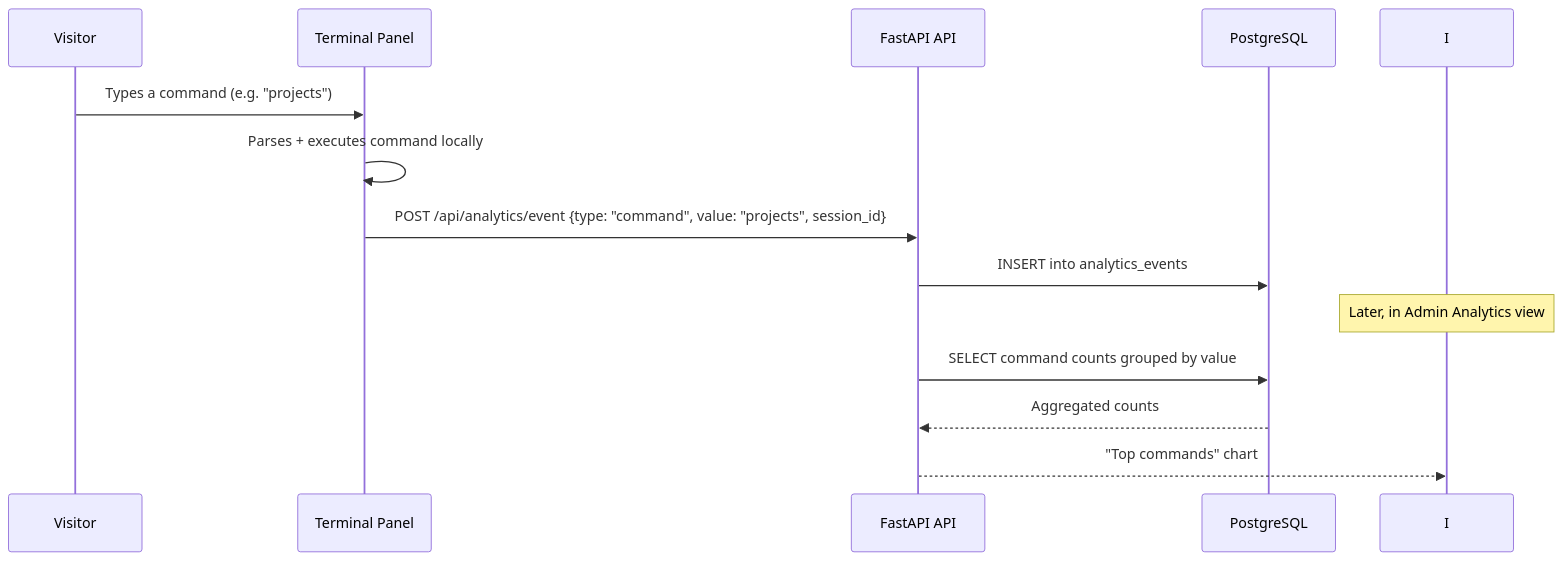
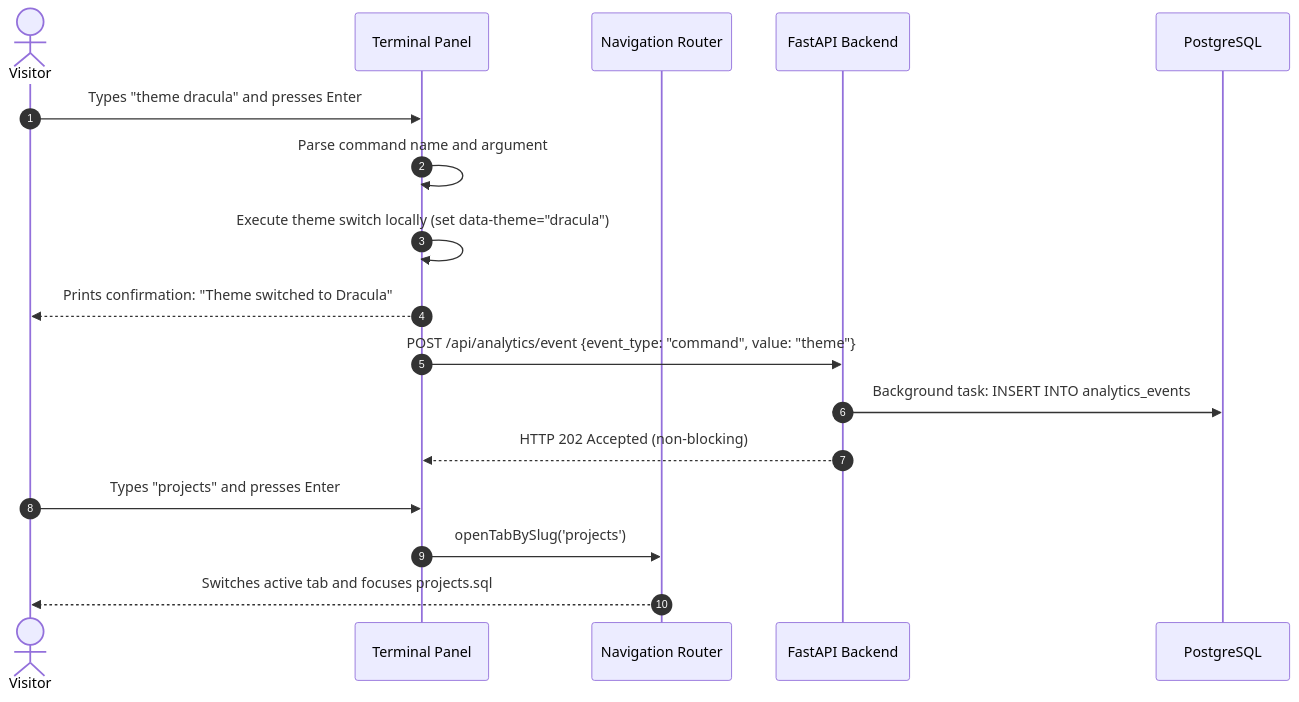
The fourth of 5 diagrams in docs/architecture/user-flow.md (Ibrahim-2005/portfolio), drawn with Mermaid before and after one commit. The commit also changed other lines of this file and 7 other files, not shown here.

Commit message:
docs: finalize planning and architecture

````diff
--- a/docs/architecture/user-flow.md
+++ b/docs/architecture/user-flow.md
@@ -102,16 +234,21 @@
 ```mermaid
 sequenceDiagram
-    participant V as Visitor
-    participant T as Terminal Panel
-    participant A as FastAPI API
-    participant D as PostgreSQL
+    autonumber
+    actor Visitor
+    participant Term as Terminal Panel
+    participant Router as Navigation Router
+    participant API as FastAPI Backend
+    participant DB as PostgreSQL
 
-    V->>T: Types a command (e.g. "projects")
-    T->>T: Parses + executes command locally
-    T->>A: POST /api/analytics/event {type: "command", value: "projects", session_id}
-    A->>D: INSERT into analytics_events
-    Note over I: Later, in Admin Analytics view
-    A->>D: SELECT command counts grouped by value
-    D-->>A: Aggregated counts
-    A-->>I: "Top commands" chart
+    Visitor->>Term: Types "theme dracula" and presses Enter
+    Term->>Term: Parse command name and argument
+    Term->>Term: Execute theme switch locally (set data-theme="dracula")
+    Term-->>Visitor: Prints confirmation: "Theme switched to Dracula"
+    Term->>API: POST /api/analytics/event {event_type: "command", value: "theme"}
+    API->>DB: Background task: INSERT INTO analytics_events
+    API-->>Term: HTTP 202 Accepted (non-blocking)
+
+    Visitor->>Term: Types "projects" and presses Enter
+    Term->>Router: openTabBySlug('projects')
+    Router-->>Visitor: Switches active tab and focuses projects.sql
 ```
````
